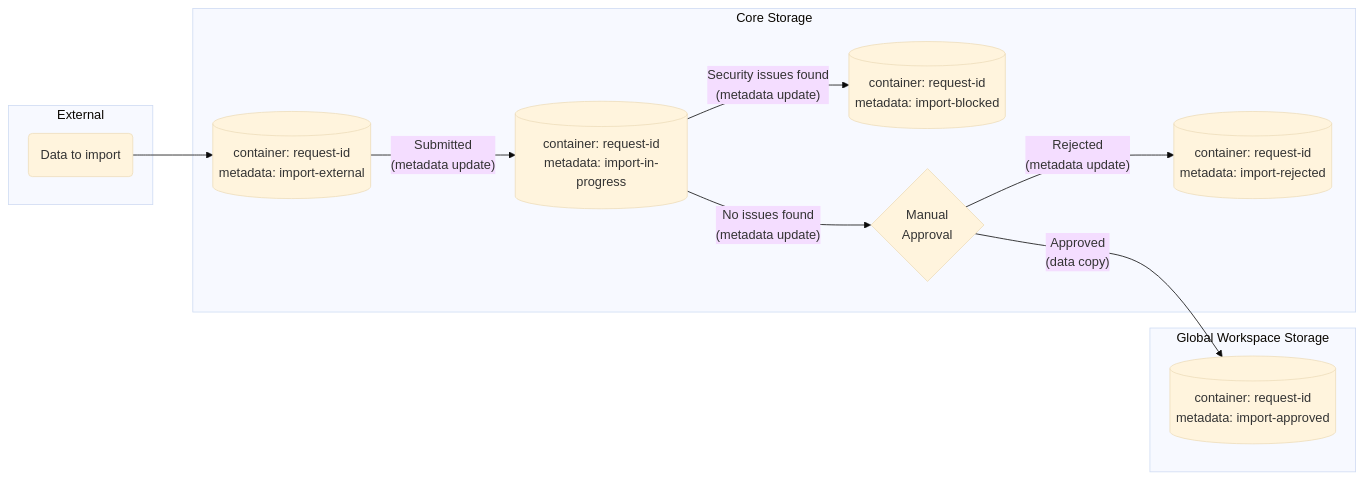
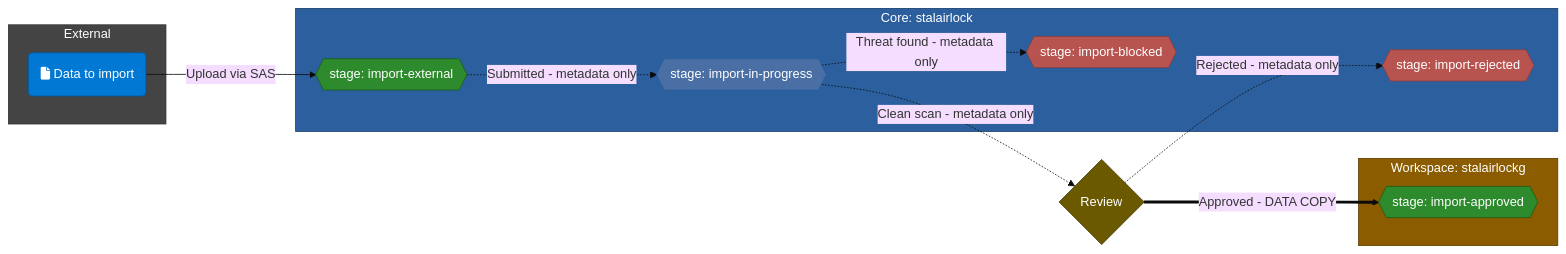
One commit to microsoft/AzureTRE changed the third of 7 diagrams in docs/azure-tre-overview/airlock.md. Above: the diagram before and after it, drawn with Mermaid (base theme). The commit also changed other lines of this file and 45 other files, not shown here.

````diff
--- a/docs/azure-tre-overview/airlock.md
+++ b/docs/azure-tre-overview/airlock.md
@@ -162,16 +164,35 @@
 ```mermaid
 graph LR
-  subgraph Global Workspace Storage
-  E[(container: request-id</br>metadata: import-approved)]
-  end
-  subgraph Core Storage
-  A[(container: request-id</br>metadata: import-external)]-->|"Submitted</br>(metadata update)"| B
-  B[(container: request-id</br>metadata: import-in-progress)]-->|"Security issues found</br>(metadata update)"| D[(container: request-id</br>metadata: import-blocked)] 
-  B-->|"No issues found</br>(metadata update)"| review{Manual</br>Approval} 
-  review-->|"Rejected</br>(metadata update)"| C[(container: request-id</br>metadata: import-rejected)]
-  review-->|"Approved</br>(data copy)"| E
-  end
-  subgraph External
-      data(Data to import)-->A
-  end
+    subgraph External["External"]
+        data("fa:fa-file Data to import")
+    end
+
+    subgraph CoreStorage["Core: stalairlock"]
+        A{{"stage: import-external"}}
+        B{{"stage: import-in-progress"}}
+        D{{"stage: import-blocked"}}
+        C{{"stage: import-rejected"}}
+    end
+
+    subgraph WorkspaceStorage["Workspace: stalairlockg"]
+        E{{"stage: import-approved"}}
+    end
+
+    data -- "Upload via SAS" --> A
+    A -. "Submitted - metadata only" .-> B
+    B -. "Threat found - metadata only" .-> D
+    B -. "Clean scan - metadata only" .-> review{"Review"}
+    review -. "Rejected - metadata only" .-> C
+    review == "Approved - DATA COPY" ==> E
+
+    style External fill:#444,stroke:#333,color:#fff
+    style CoreStorage fill:#2c5f9e,stroke:#1a3d6d,color:#fff
+    style WorkspaceStorage fill:#8b5c00,stroke:#5c3d00,color:#fff
+    style data fill:#0078d4,stroke:#005a9e,color:#fff
+    style A fill:#2d8a2d,stroke:#1a5c1a,color:#fff
+    style B fill:#4a6fa5,stroke:#2c5f9e,color:#fff
+    style C fill:#b85450,stroke:#8b3e3b,color:#fff
+    style D fill:#b85450,stroke:#8b3e3b,color:#fff
+    style E fill:#2d8a2d,stroke:#1a5c1a,color:#fff
+    style review fill:#6b5900,stroke:#4a3d00,color:#fff
 ```
````
